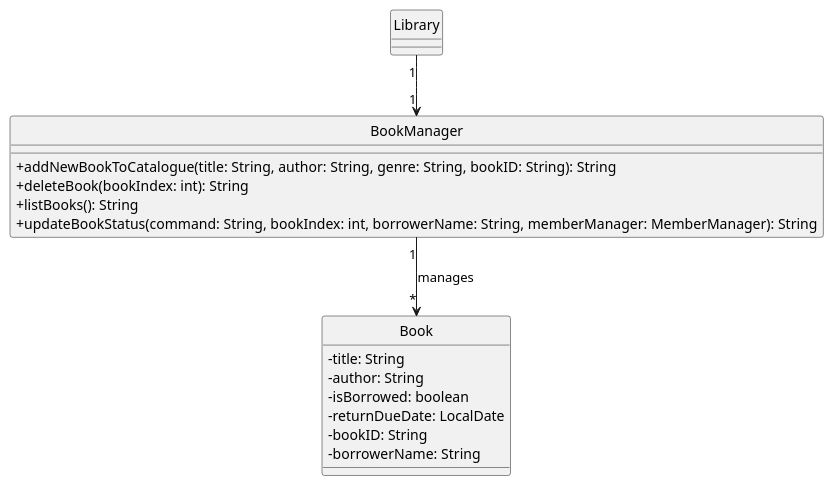
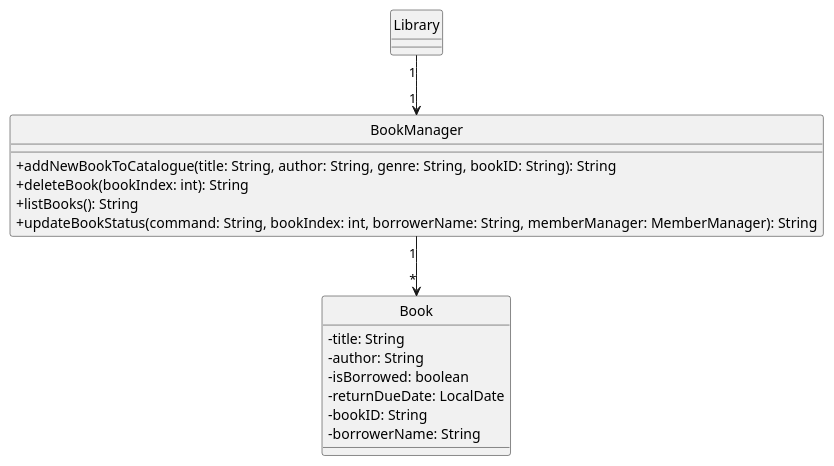
Before and after one commit to eth4n22/tp: the diagram in docs/diagrams/BookManager.puml, drawn with PlantUML. The commit also changed 3 other files, not shown here.

```diff
--- a/docs/diagrams/BookManager.puml
+++ b/docs/diagrams/BookManager.puml
@@ -1,27 +1,27 @@
 @startuml
 skinparam classAttributeIconSize 0
 hide circle
 class Library {
 
 }
 
 class BookManager {
     +addNewBookToCatalogue(title: String, author: String, genre: String, bookID: String): String
     +deleteBook(bookIndex: int): String
     +listBooks(): String
     +updateBookStatus(command: String, bookIndex: int, borrowerName: String, memberManager: MemberManager): String
 }
 
 class Book {
     - title: String
     - author: String
     - isBorrowed: boolean
     - returnDueDate: LocalDate
     - bookID: String
     - borrowerName: String
 }
 
 Library "1"-->"1" BookManager
-BookManager "1"--> "*" Book : manages
+BookManager "1"--> "*" Book
 
 @enduml
```
